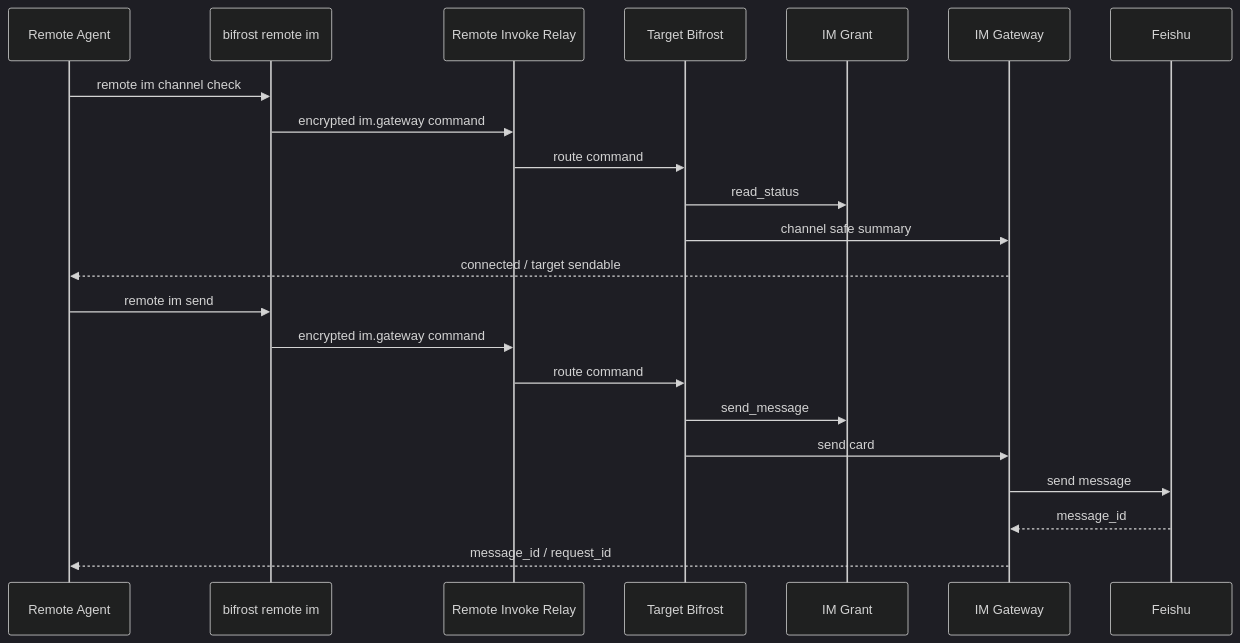
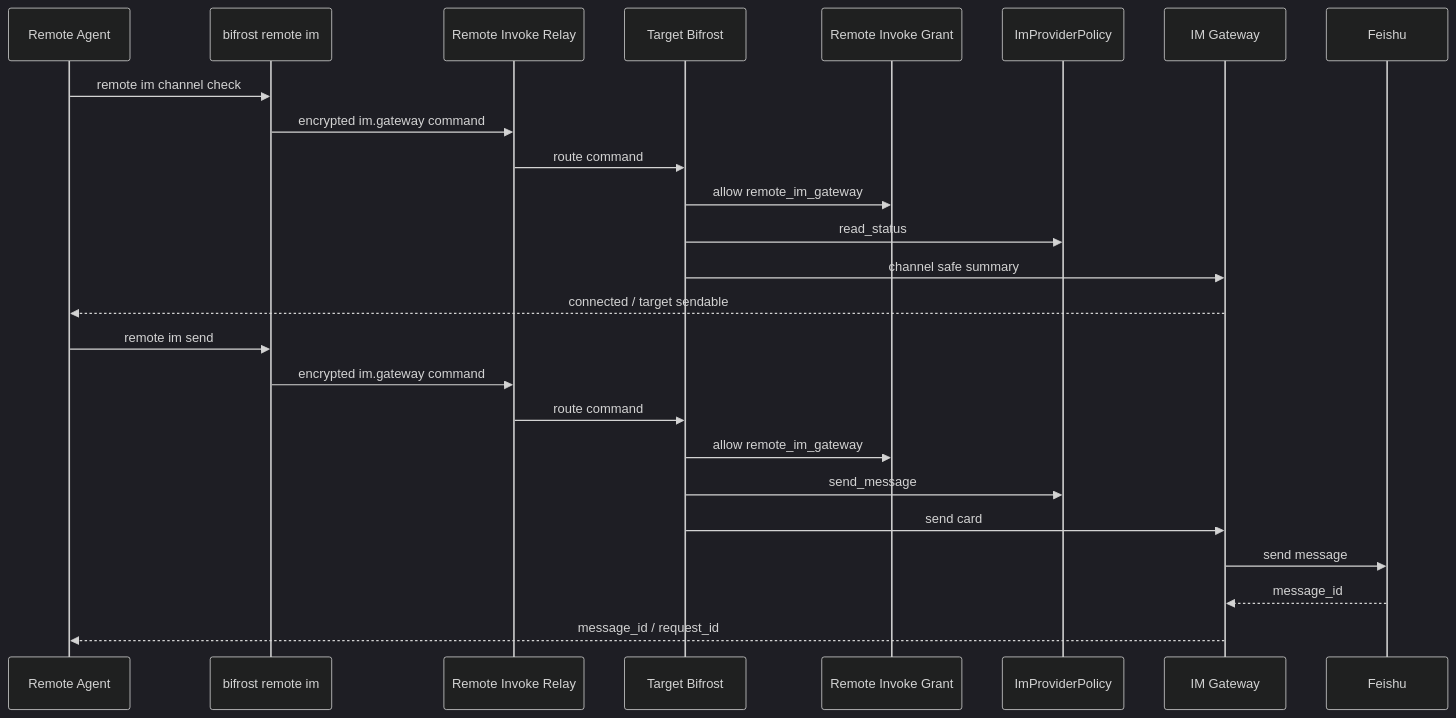
The sixth of 6 diagrams in design/im-gateway.md (bifrost-proxy/bifrost), drawn with Mermaid (dark theme) before and after one commit. The commit also changed other lines of this file and 320 other files, not shown here.

````diff
--- a/design/im-gateway.md
+++ b/design/im-gateway.md
@@ -404,26 +413,29 @@
 ```mermaid
 sequenceDiagram
     participant Agent as Remote Agent
     participant CLI as bifrost remote im
     participant Relay as Remote Invoke Relay
     participant Target as Target Bifrost
-    participant Grant as IM Grant
+    participant RemoteGrant as Remote Invoke Grant
+    participant Policy as ImProviderPolicy
     participant IM as IM Gateway
     participant Feishu as Feishu
 
     Agent->>CLI: remote im channel check
     CLI->>Relay: encrypted im.gateway command
     Relay->>Target: route command
-    Target->>Grant: read_status
+    Target->>RemoteGrant: allow remote_im_gateway
+    Target->>Policy: read_status
     Target->>IM: channel safe summary
     IM-->>Agent: connected / target sendable
 
     Agent->>CLI: remote im send
     CLI->>Relay: encrypted im.gateway command
     Relay->>Target: route command
-    Target->>Grant: send_message
+    Target->>RemoteGrant: allow remote_im_gateway
+    Target->>Policy: send_message
     Target->>IM: send card
     IM->>Feishu: send message
     Feishu-->>IM: message_id
     IM-->>Agent: message_id / request_id
 ```
````
